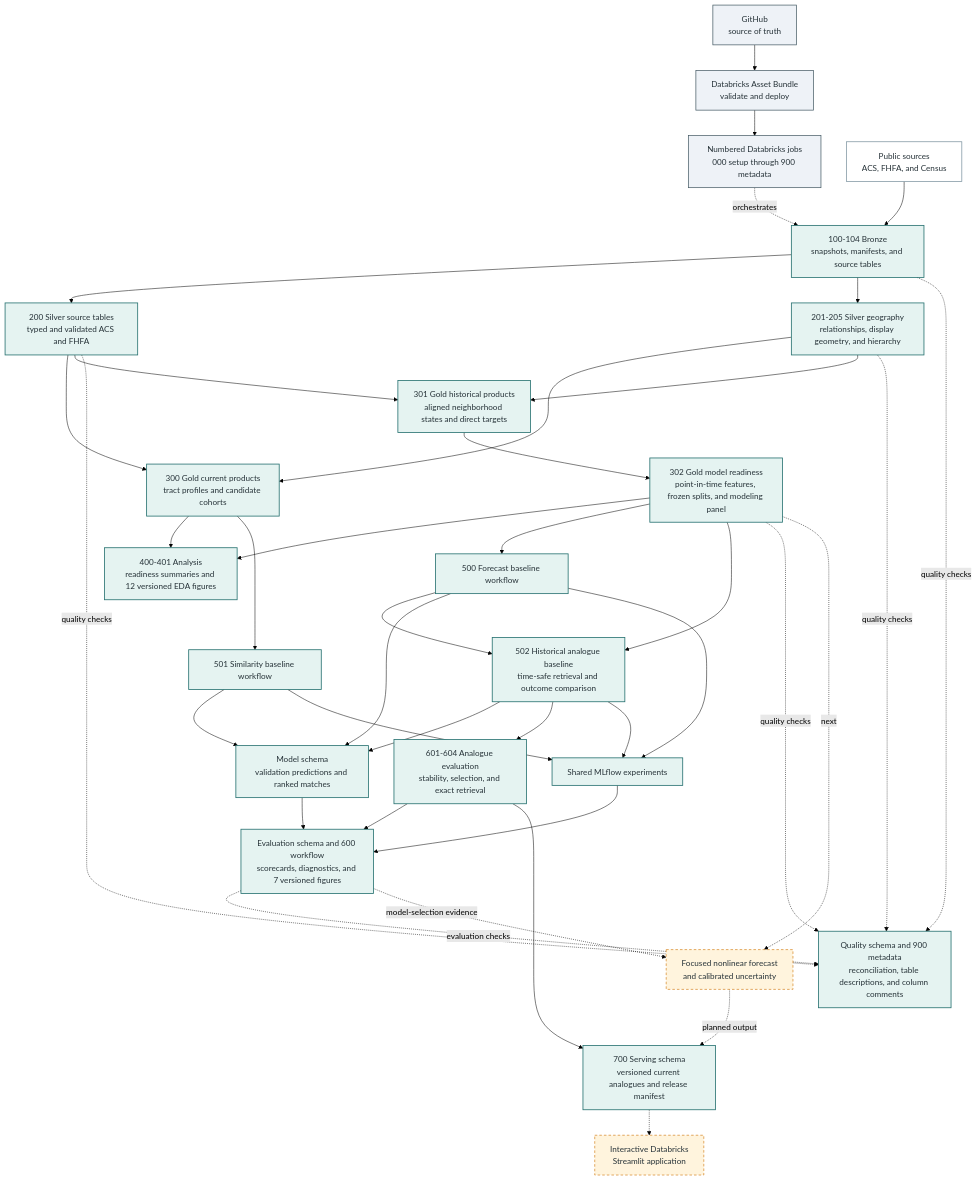
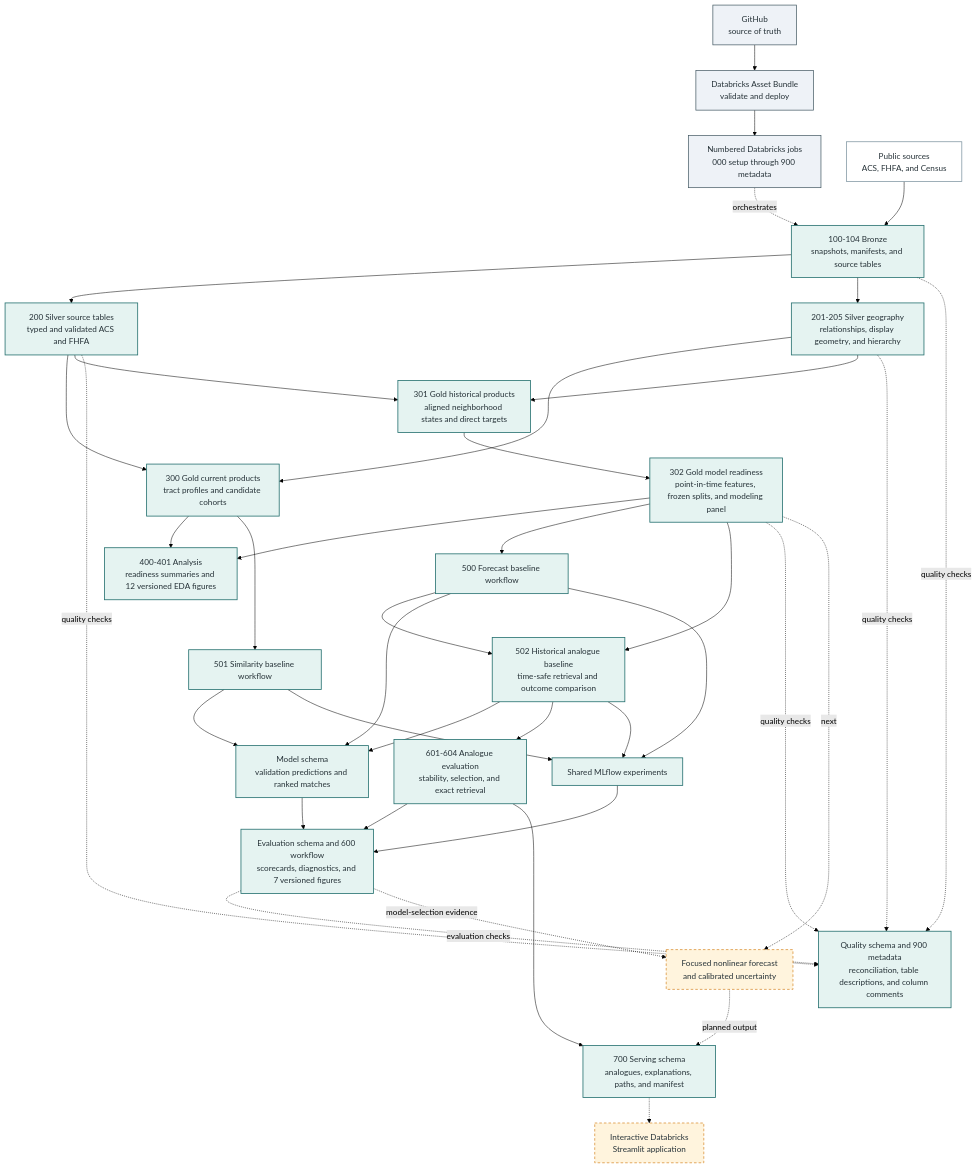
The diagram in README.md (n-tamm/neighborhood-digital-twin), drawn with Mermaid (forest theme) before and after one commit. The commit also changed other lines of this file and 15 other files, not shown here.

Commit message:
Documented analogue explanations and historical paths

````diff
--- a/README.md
+++ b/README.md
@@ -52,56 +53,56 @@
 ```mermaid
 flowchart TB
     GIT["GitHub<br/>source of truth"] --> DAB["Databricks Asset Bundle<br/>validate and deploy"]
     DAB --> JOBS["Numbered Databricks jobs<br/>000 setup through 900 metadata"]
 
     SRC["Public sources<br/>ACS, FHFA, and Census"] --> B["100-104 Bronze<br/>snapshots, manifests, and source tables"]
     JOBS -.->|orchestrates| B
 
     B --> SS["200 Silver source tables<br/>typed and validated ACS and FHFA"]
     B --> SG["201-205 Silver geography<br/>relationships, display geometry, and hierarchy"]
 
     SS --> GC["300 Gold current products<br/>tract profiles and candidate cohorts"]
     SG --> GC
     SS --> GH["301 Gold historical products<br/>aligned neighborhood states and direct targets"]
     SG --> GH
     GH --> GR["302 Gold model readiness<br/>point-in-time features, frozen splits, and modeling panel"]
 
     GC --> EDA["400-401 Analysis<br/>readiness summaries and 12 versioned EDA figures"]
     GR --> EDA
 
     GR --> FM["500 Forecast baseline workflow"]
     GC --> SM["501 Similarity baseline workflow"]
     FM --> HA["502 Historical analogue baseline<br/>time-safe retrieval and outcome comparison"]
     GR --> HA
     FM --> MO["Model schema<br/>validation predictions and ranked matches"]
     SM --> MO
     HA --> MO
     HA --> AR["601-604 Analogue evaluation<br/>stability, selection, and exact retrieval"]
     FM --> MLF["Shared MLflow experiments"]
     SM --> MLF
     HA --> MLF
     MO --> EV["Evaluation schema and 600 workflow<br/>scorecards, diagnostics, and 7 versioned figures"]
     AR --> EV
     MLF --> EV
 
     B -.->|quality checks| QM["Quality schema and 900 metadata<br/>reconciliation, table descriptions, and column comments"]
     SS -.->|quality checks| QM
     SG -.->|quality checks| QM
     GR -.->|quality checks| QM
     EV -.->|evaluation checks| QM
 
     GR -.->|next| NF["Focused nonlinear forecast<br/>and calibrated uncertainty"]
     EV -.->|model-selection evidence| NF
-    AR --> SV["700 Serving schema<br/>versioned current analogues and release manifest"]
+    AR --> SV["700 Serving schema<br/>analogues, explanations, paths, and manifest"]
     NF -.->|planned output| SV
     SV -.-> APP["Interactive Databricks<br/>Streamlit application"]
 
     classDef control fill:#EEF2F7,stroke:#455A64,color:#263238,stroke-width:1.4px;
     classDef source fill:#FFFFFF,stroke:#78909C,color:#263238,stroke-width:1.4px;
     classDef implemented fill:#E5F3F1,stroke:#287271,color:#263238,stroke-width:1.6px;
     classDef planned fill:#FFF4DD,stroke:#D99035,color:#263238,stroke-width:1.5px,stroke-dasharray:5 4;
     class GIT,DAB,JOBS control;
     class SRC source;
     class B,SS,SG,GC,GH,GR,EDA,FM,SM,HA,AR,MO,MLF,EV,QM,SV implemented;
     class NF,APP planned;
 ```
````
